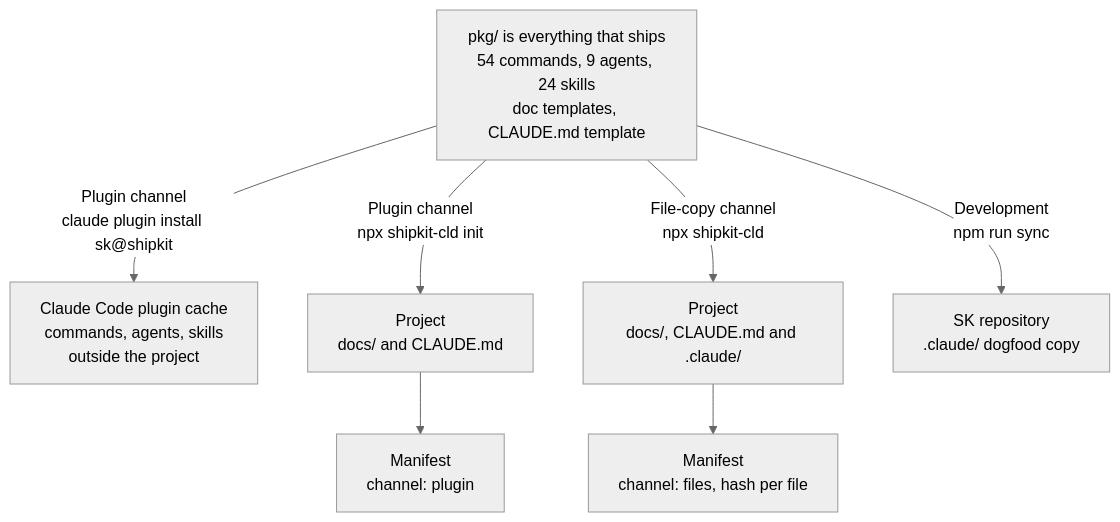
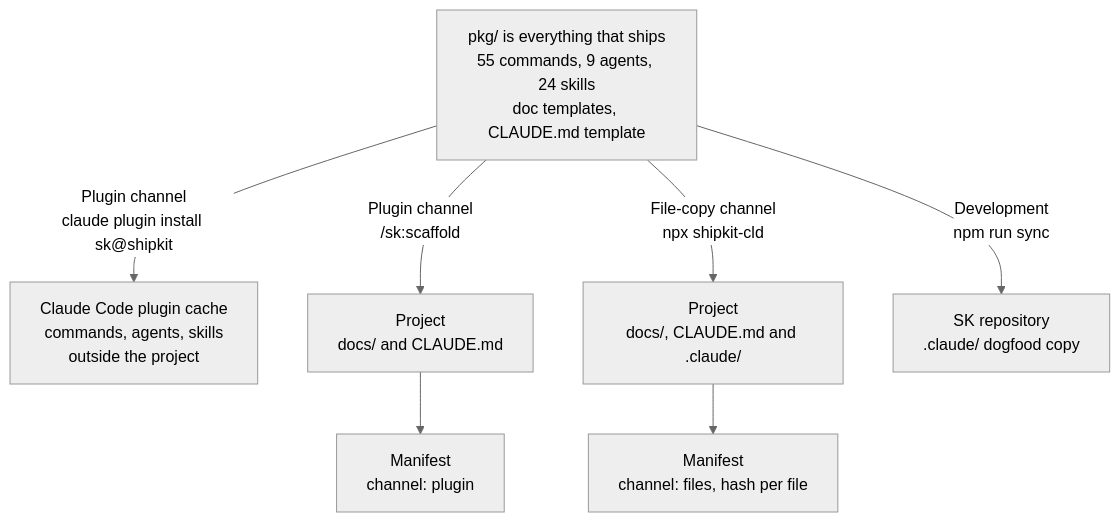
Before and after one commit to moniav/sk: the diagram in docs/architecture/README.md, drawn with Mermaid (neutral theme). The commit also changed other lines of this file and 26 other files, not shown here.

First line of the commit message:
feat(commands): /sk:scaffold creates docs/ and CLAUDE.md from inside the plugin

````diff
--- a/docs/architecture/README.md
+++ b/docs/architecture/README.md
@@ -15,12 +15,12 @@
 ```mermaid
 graph TD
-    PKG["pkg/ is everything that ships<br/>54 commands, 9 agents, 24 skills<br/>doc templates, CLAUDE.md template"]
+    PKG["pkg/ is everything that ships<br/>55 commands, 9 agents, 24 skills<br/>doc templates, CLAUDE.md template"]
 
     PKG -->|"Plugin channel<br/>claude plugin install sk@shipkit"| CACHE["Claude Code plugin cache<br/>commands, agents, skills<br/>outside the project"]
-    PKG -->|"Plugin channel<br/>npx shipkit-cld init"| PDOCS["Project<br/>docs/ and CLAUDE.md"]
+    PKG -->|"Plugin channel<br/>/sk:scaffold"| PDOCS["Project<br/>docs/ and CLAUDE.md"]
     PKG -->|"File-copy channel<br/>npx shipkit-cld"| PALL["Project<br/>docs/, CLAUDE.md and .claude/"]
     PKG -->|"Development<br/>npm run sync"| DOG["SK repository<br/>.claude/ dogfood copy"]
 
     PDOCS --> MAN1["Manifest<br/>channel: plugin"]
     PALL --> MAN2["Manifest<br/>channel: files, hash per file"]
 ```
````
